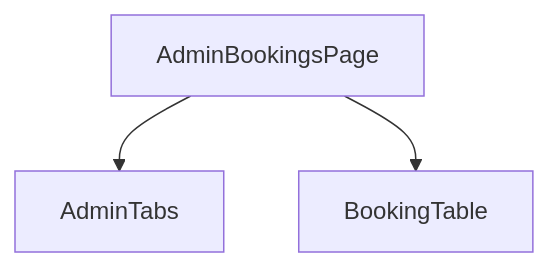
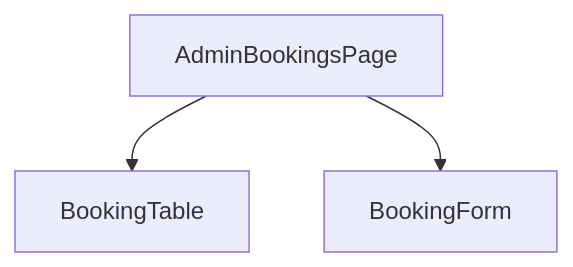
Before and after one commit to summer10920/summer10920.github.io: diagram 12 of 12 in source/_posts/lokiTech-15day-12-project-travel.md, drawn with Mermaid. The commit also changed other lines of this file and 1 other file, not shown here.

First line of the commit message:
講義 12、13：後台改為列表＋Dialog，拿掉 AdminTabs，訂單改狀態前確認軟刪

```diff
--- a/source/_posts/lokiTech-15day-12-project-travel.md
+++ b/source/_posts/lokiTech-15day-12-project-travel.md
@@ -6137,4 +6096,4 @@
 {% mermaid graph TD %}
-  page["AdminBookingsPage"] --> tabs["AdminTabs"]
-  page --> table["BookingTable"]
+  page["AdminBookingsPage"] --> table["BookingTable"]
+  page --> form["BookingForm"]
 {% endmermaid %}
```
